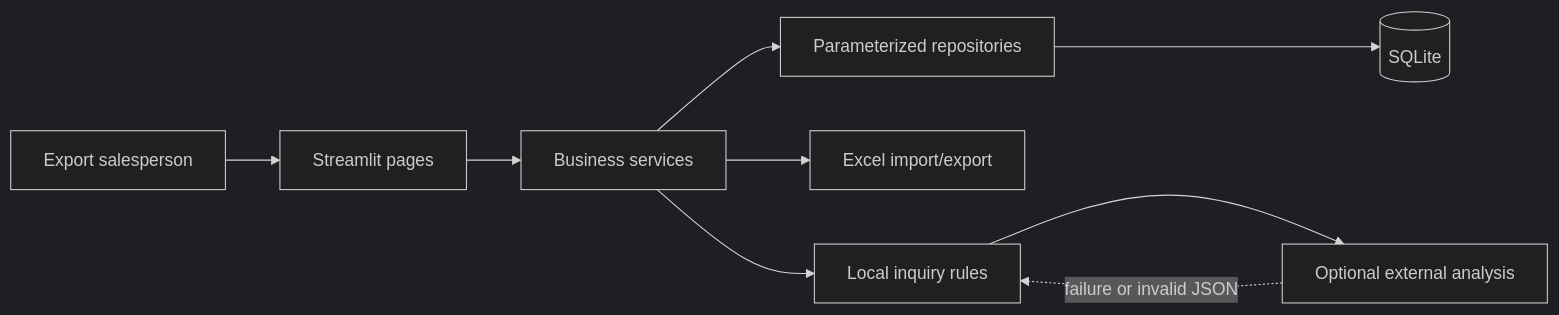
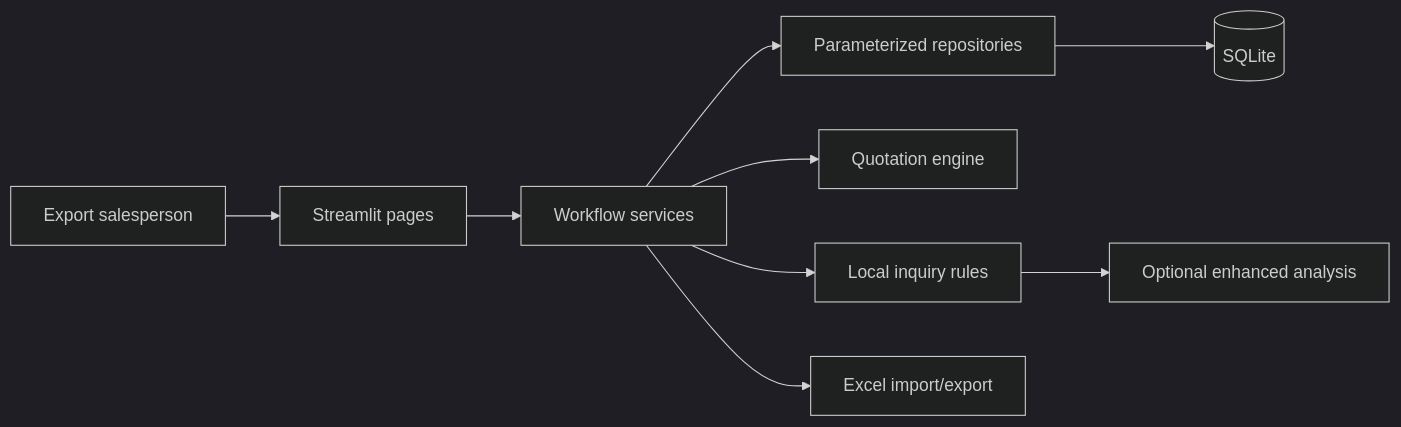
One commit to hql7-luo/b2b-export-sales-intelligence changed the first of 2 diagrams in README.md. Above: the diagram before and after it, drawn with Mermaid (dark theme). The commit also changed other lines of this file and 24 other files, not shown here.

````diff
--- a/README.md
+++ b/README.md
@@ -80,11 +128,11 @@
 ```mermaid
 flowchart LR
-    U["Export salesperson"] --> UI["Streamlit pages"]
-    UI --> S["Business services"]
-    S --> R["Parameterized repositories"]
+    U["Export salesperson"] --> P["Streamlit pages"]
+    P --> W["Workflow services"]
+    W --> R["Parameterized repositories"]
     R --> DB[("SQLite")]
-    S --> X["Excel import/export"]
-    S --> L["Local inquiry rules"]
-    L --> O["Optional external analysis"]
-    O -. "failure or invalid JSON" .-> L
+    W --> Q["Quotation engine"]
+    W --> I["Local inquiry rules"]
+    I --> O["Optional enhanced analysis"]
+    W --> X["Excel import/export"]
 ```
````
